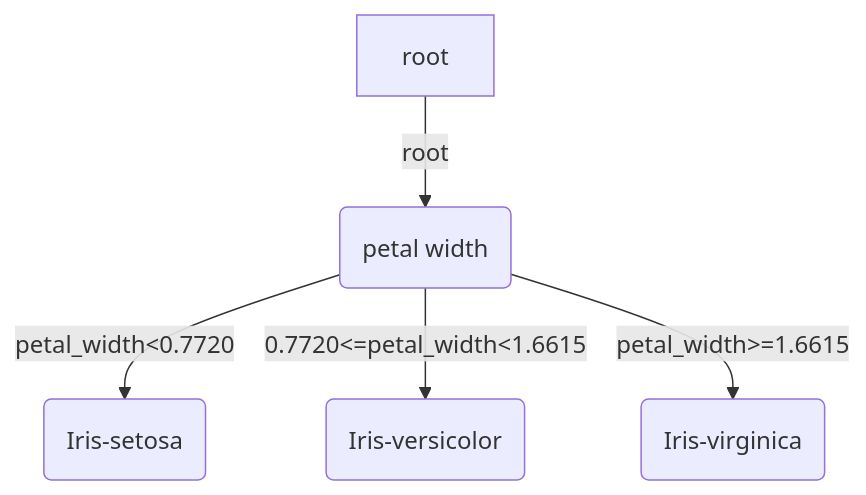
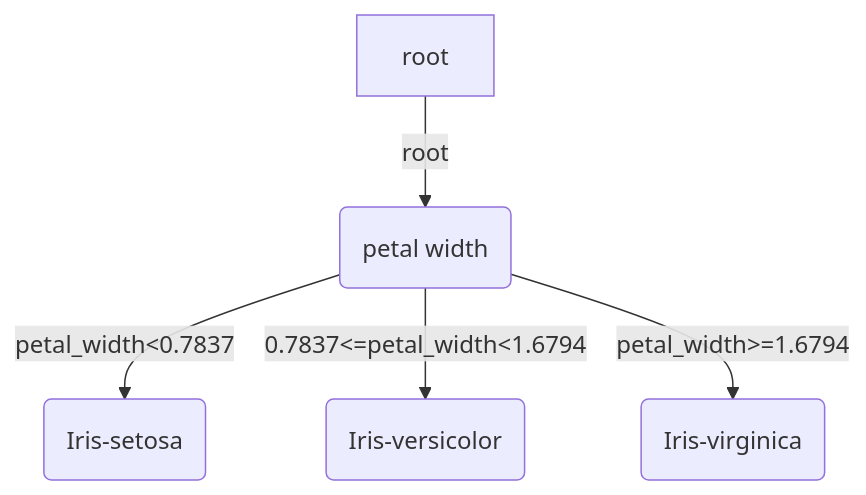
Before and after one commit to Bozenton/Decision-Tree: the third of 3 diagrams in README.md, drawn with Mermaid. The commit also changed other lines of this file and 5 other files, not shown here.

````diff
--- a/README.md
+++ b/README.md
@@ -33,7 +127,7 @@
 ```mermaid
 graph TB
 root--root-->a(petal width)
-a(petal width)--petal_width<0.7720-->a0(Iris-setosa)
-a(petal width)--0.7720<=petal_width<1.6615-->a1(Iris-versicolor)
-a(petal width)--petal_width>=1.6615-->a2(Iris-virginica)
+a(petal width)--petal_width<0.7837-->a0(Iris-setosa)
+a(petal width)--0.7837<=petal_width<1.6794-->a1(Iris-versicolor)
+a(petal width)--petal_width>=1.6794-->a2(Iris-virginica)
 ```
````
